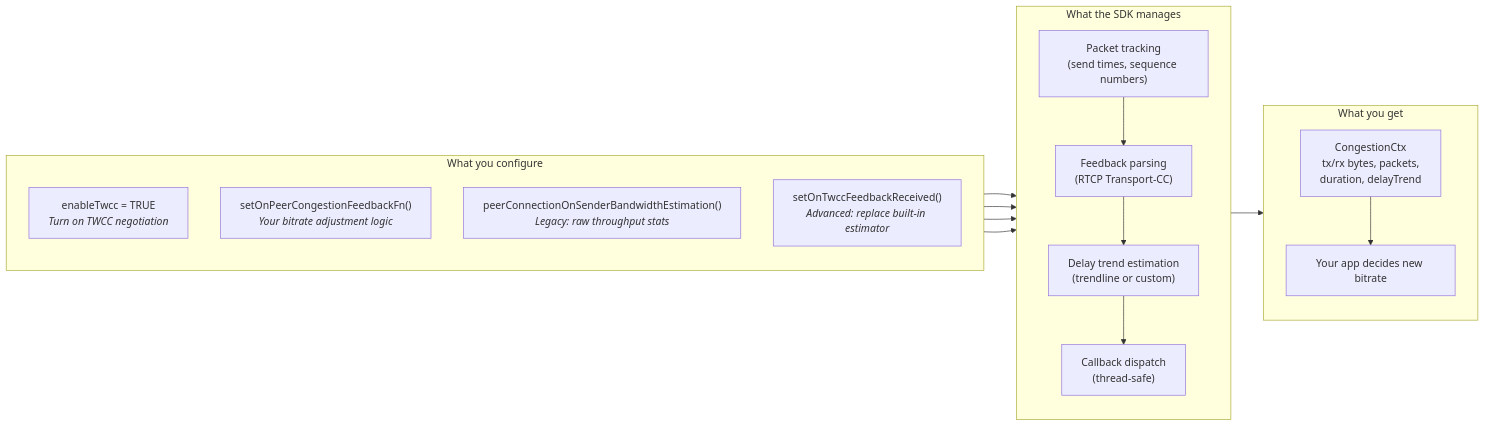
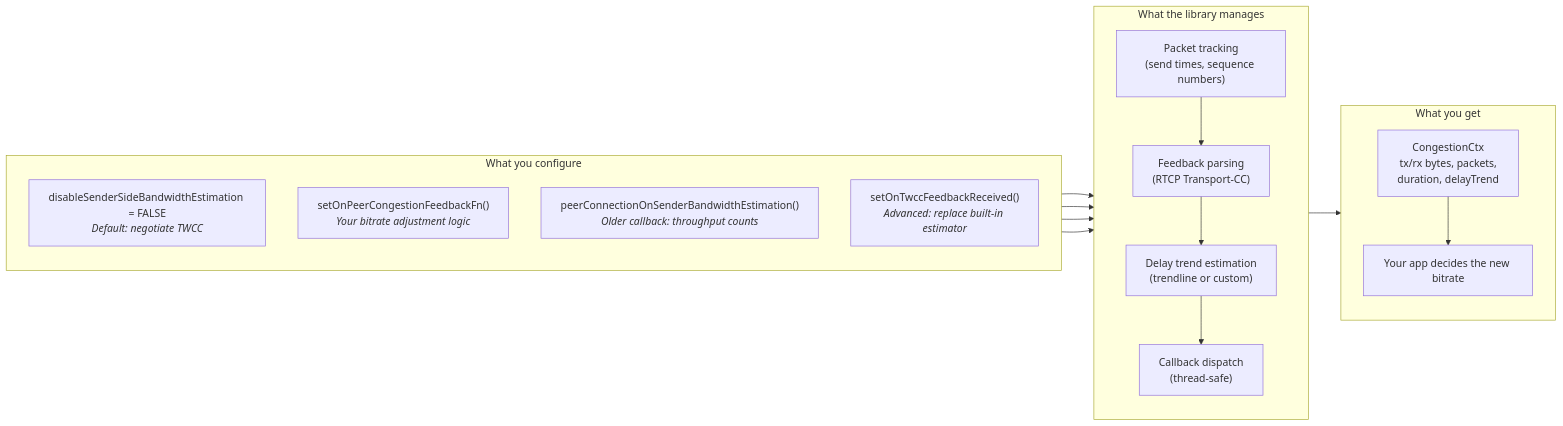
One commit to awslabs/amazon-kinesis-video-streams-webrtc-sdk-c changed the second of 2 diagrams in docs/TWCC.md. Above: the diagram before and after it, drawn with Mermaid. The commit also changed other lines of this file and 4 other files, not shown here.

````diff
--- a/docs/TWCC.md
+++ b/docs/TWCC.md
@@ -87,34 +103,34 @@
 ```mermaid
 flowchart LR
     subgraph config["What you configure"]
         direction TB
-        C1["enableTwcc = TRUE<br/><i>Turn on TWCC negotiation</i>"]
+        C1["disableSenderSideBandwidthEstimation = FALSE<br/><i>Default: negotiate TWCC</i>"]
         C2["setOnPeerCongestionFeedbackFn()<br/><i>Your bitrate adjustment logic</i>"]
-        C3["peerConnectionOnSenderBandwidthEstimation()<br/><i>Legacy: raw throughput stats</i>"]
+        C3["peerConnectionOnSenderBandwidthEstimation()<br/><i>Older callback: throughput counts</i>"]
         C4["setOnTwccFeedbackReceived()<br/><i>Advanced: replace built-in estimator</i>"]
     end
 
-    subgraph runtime["What the SDK manages"]
+    subgraph runtime["What the library manages"]
         direction TB
         R1["Packet tracking<br/>(send times, sequence numbers)"]
         R2["Feedback parsing<br/>(RTCP Transport-CC)"]
         R3["Delay trend estimation<br/>(trendline or custom)"]
         R4["Callback dispatch<br/>(thread-safe)"]
     end
 
     subgraph output["What you get"]
         direction TB
         O1["CongestionCtx<br/>tx/rx bytes, packets,<br/>duration, delayTrend"]
-        O2["Your app decides new bitrate"]
+        O2["Your app decides the new bitrate"]
     end
 
     C1 --> R1
     C2 --> R4
     C3 --> R4
     C4 --> R3
     R1 --> R2
     R2 --> R3
     R3 --> R4
     R4 --> O1
     O1 --> O2
 ```
````
